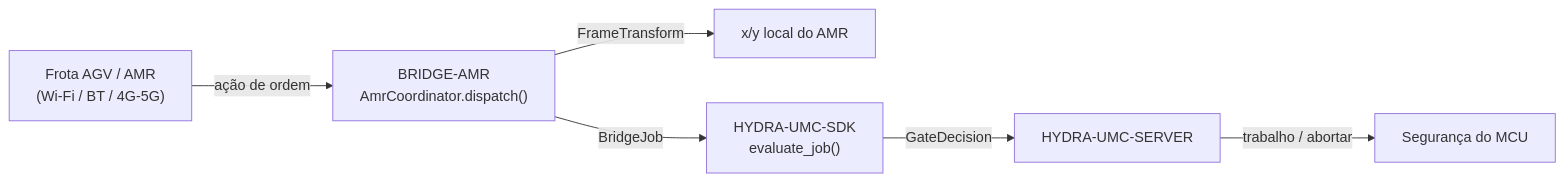
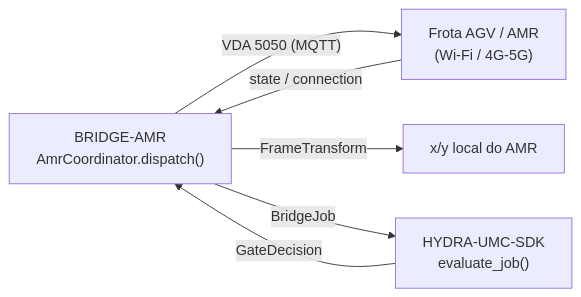
One commit to JuanenRac/HYDRA-UMC-BRIDGE-AMR changed the diagram in README_por.md. Above: the diagram before and after it, drawn with Mermaid. The commit also changed other lines of this file and 22 other files, not shown here.

Commit message:
Send VDA 5050 action names, give the MQTT client an id and wait for the broker, add the state/connection observer and keep orders valid JSON (0.1.1)

````diff
--- a/README_por.md
+++ b/README_por.md
@@ -48,8 +49,8 @@
 ```mermaid
 flowchart LR
-    AMR["Frota AGV / AMR<br/>(Wi-Fi / BT / 4G-5G)"] -- "ação de ordem" --> BRIDGE["BRIDGE-AMR<br/>AmrCoordinator.dispatch()"]
+    BRIDGE["BRIDGE-AMR<br/>AmrCoordinator.dispatch()"] -- "VDA 5050 (MQTT)" --> AMR["Frota AGV / AMR<br/>(Wi-Fi / 4G-5G)"]
+    AMR -- "state / connection" --> BRIDGE
     BRIDGE -- "FrameTransform" --> LOCAL["x/y local do AMR"]
     BRIDGE -- BridgeJob --> SDK["HYDRA-UMC-SDK<br/>evaluate_job()"]
-    SDK -- GateDecision --> SERVER["HYDRA-UMC-SERVER"]
-    SERVER -- "trabalho / abortar" --> MCU["Segurança do MCU"]
+    SDK -- GateDecision --> BRIDGE
 ```
````
